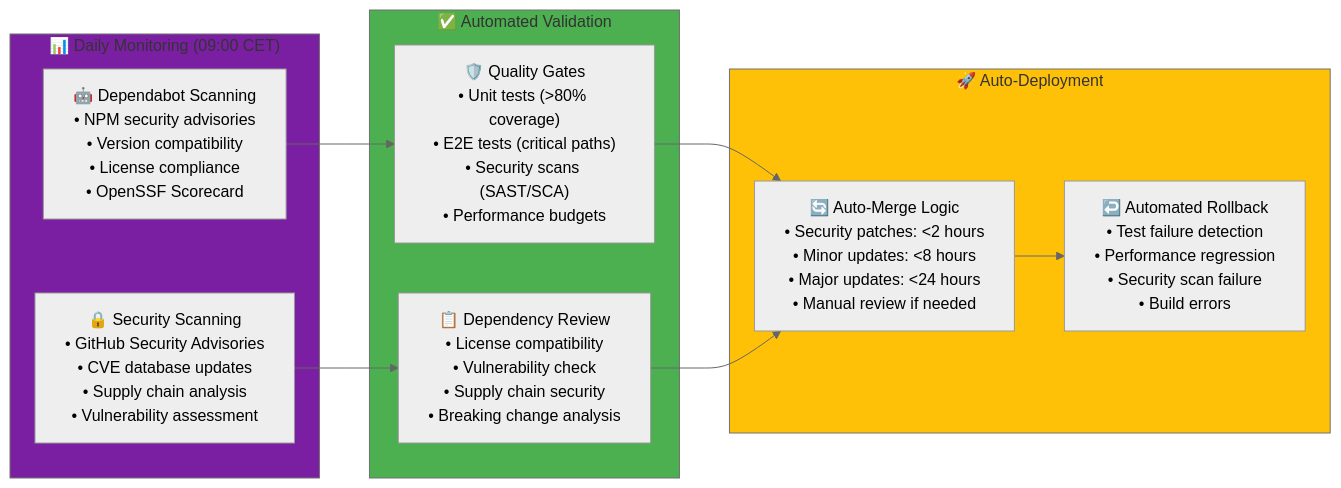
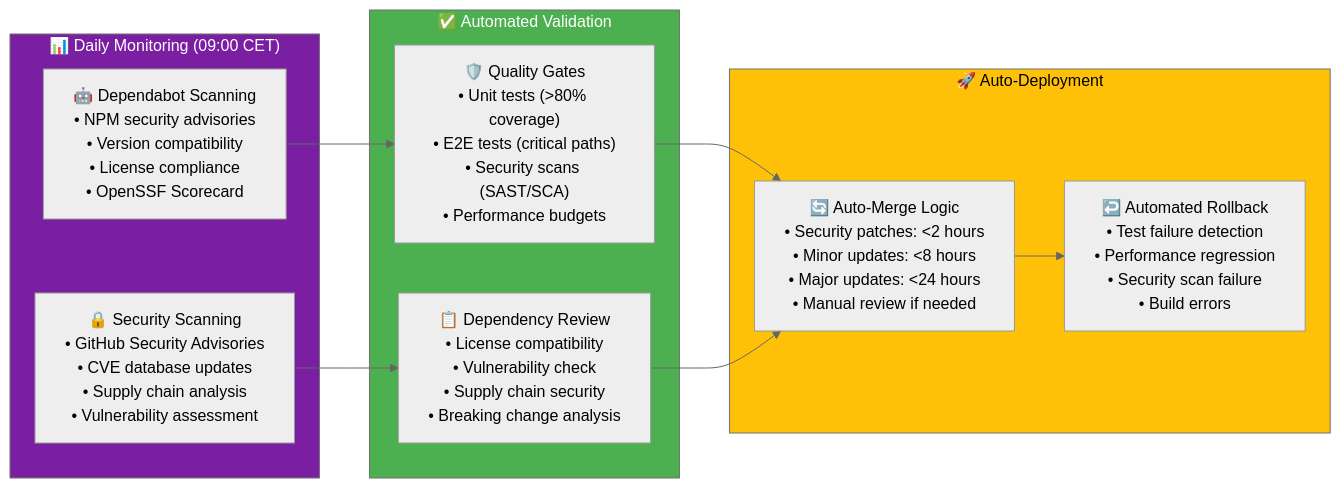
Before and after one commit to Hack23/cia-compliance-manager: the fifth of 9 diagrams in docs/End-of-Life-Strategy.md, drawn with Mermaid. The commit also changed other lines of this file and 6 other files, not shown here.

````diff
--- a/docs/End-of-Life-Strategy.md
+++ b/docs/End-of-Life-Strategy.md
@@ -448,28 +448,28 @@
 ```mermaid
 %%{init: {"theme": "neutral"}}%%
 flowchart LR
     subgraph MONITORING["📊 Daily Monitoring (09:00 CET)"]
         DEPENDABOT["🤖 Dependabot Scanning<br/>• NPM security advisories<br/>• Version compatibility<br/>• License compliance<br/>• OpenSSF Scorecard"]
         SECURITY_SCAN["🔒 Security Scanning<br/>• GitHub Security Advisories<br/>• CVE database updates<br/>• Supply chain analysis<br/>• Vulnerability assessment"]
     end
 
     subgraph VALIDATION["✅ Automated Validation"]
         QUALITY_GATES["🛡️ Quality Gates<br/>• Unit tests (>80% coverage)<br/>• E2E tests (critical paths)<br/>• Security scans (SAST/SCA)<br/>• Performance budgets"]
         REVIEW_ACTION["📋 Dependency Review<br/>• License compatibility<br/>• Vulnerability check<br/>• Supply chain security<br/>• Breaking change analysis"]
     end
 
     subgraph DEPLOYMENT["🚀 Auto-Deployment"]
         AUTO_MERGE["🔄 Auto-Merge Logic<br/>• Security patches: <2 hours<br/>• Minor updates: <8 hours<br/>• Major updates: <24 hours<br/>• Manual review if needed"]
         ROLLBACK["↩️ Automated Rollback<br/>• Test failure detection<br/>• Performance regression<br/>• Security scan failure<br/>• Build errors"]
     end
 
     DEPENDABOT --> QUALITY_GATES
     SECURITY_SCAN --> REVIEW_ACTION
     QUALITY_GATES --> AUTO_MERGE
     REVIEW_ACTION --> AUTO_MERGE
     AUTO_MERGE --> ROLLBACK
 
-    style MONITORING fill:#7B1FA2
-    style VALIDATION fill:#4CAF50
-    style DEPLOYMENT fill:#FFC107
+    style MONITORING fill:#7B1FA2,color:#FFFFFF
+    style VALIDATION fill:#4CAF50,color:#FFFFFF
+    style DEPLOYMENT fill:#FFC107,color:#000000
 ```
````
